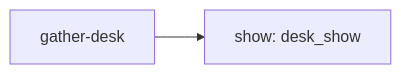
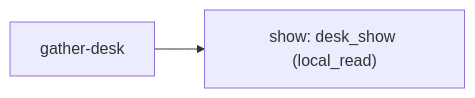
Diagram 16 of 30 in reports/2026-11-20-workflow-map/WORKFLOW-MAP.md (Jake36999/Librarian_V2), drawn with Mermaid before and after one commit. The commit also changed other lines of this file and 6 other files, not shown here.

````diff
--- a/reports/2026-11-20-workflow-map/WORKFLOW-MAP.md
+++ b/reports/2026-11-20-workflow-map/WORKFLOW-MAP.md
@@ -230,6 +230,6 @@
 ```mermaid
 flowchart LR
   s["gather-desk"]
-  n0["show: desk_show"]
+  n0["show: desk_show (local_read)"]
   s --> n0
 ```
````
